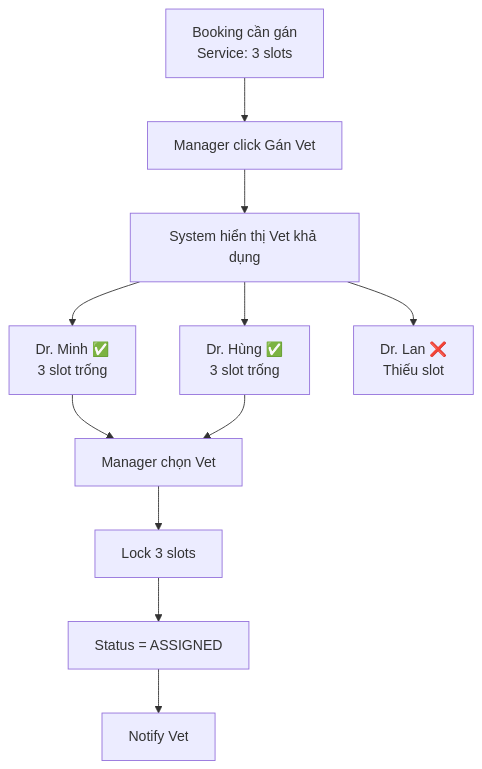
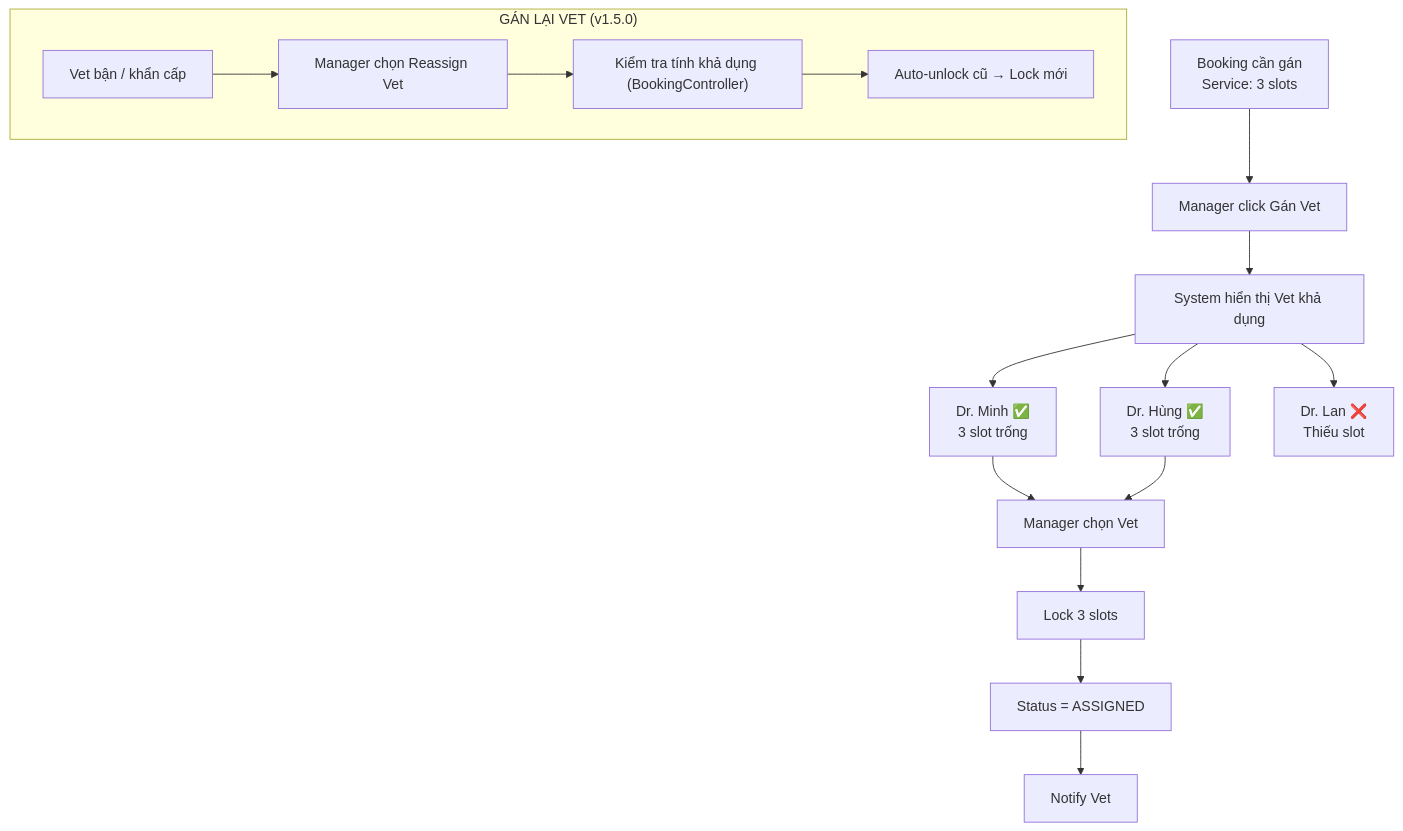
One commit to espresso23/Petties-Veterinary-Appointment-Booking-Platform changed the third of 5 diagrams in docs-references/documentation/VET_SCHEDULING_STRATEGY.md. Above: the diagram before and after it, drawn with Mermaid. The commit also changed other lines of this file and 16 other files, not shown here.

````diff
--- a/docs-references/documentation/VET_SCHEDULING_STRATEGY.md
+++ b/docs-references/documentation/VET_SCHEDULING_STRATEGY.md
@@ -216,16 +215,22 @@
 ```mermaid
 flowchart TB
     A["Booking cần gán<br/>Service: 3 slots"] --> B["Manager click Gán Vet"]
     B --> C["System hiển thị Vet khả dụng"]
     
     C --> D["Dr. Minh ✅<br/>3 slot trống"]
     C --> E["Dr. Hùng ✅<br/>3 slot trống"]
     C --> F["Dr. Lan ❌<br/>Thiếu slot"]
     
     D --> G["Manager chọn Vet"]
     E --> G
     
     G --> H["Lock 3 slots"]
     H --> I["Status = ASSIGNED"]
     I --> J["Notify Vet"]
+
+    subgraph REASSIGN["GÁN LẠI VET (v1.5.0)"]
+        K["Vet bận / khẩn cấp"] --> L["Manager chọn Reassign Vet"]
+        L --> M["Kiểm tra tính khả dụng (BookingController)"]
+        M --> N["Auto-unlock cũ → Lock mới"]
+    end
 ```
````
